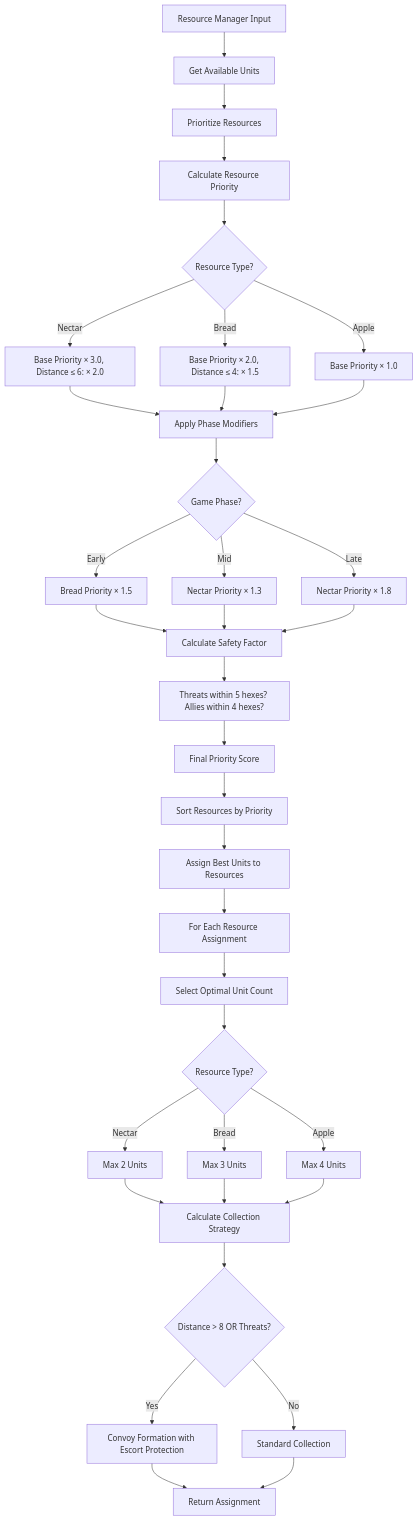
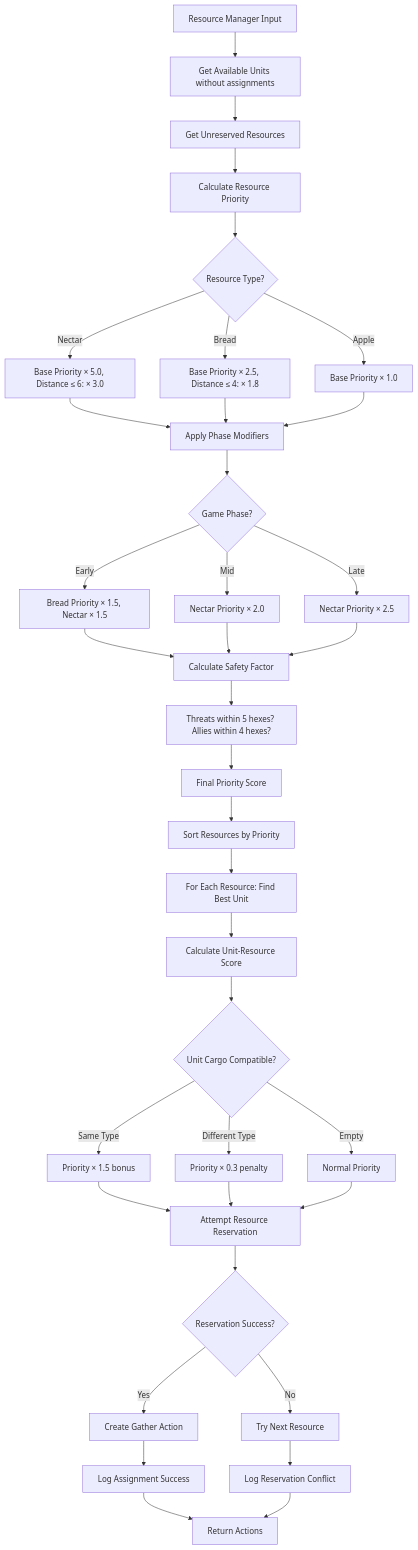
Before and after one commit to DarkGenius/dats-pulse: the sixth of 12 diagrams in DIAGRAM.md, drawn with Mermaid. The commit also changed other lines of this file and 26 other files, not shown here.

````diff
--- a/DIAGRAM.md
+++ b/DIAGRAM.md
@@ -197,48 +244,50 @@
 ```mermaid
 flowchart TD
-    A[Resource Manager Input] --> B[Get Available Units]
-    B --> C[Prioritize Resources]
+    A[Resource Manager Input] --> B[Get Available Units without assignments]
+    B --> C[Get Unreserved Resources]
     
     C --> D[Calculate Resource Priority]
     D --> E{Resource Type?}
-    E -->|Nectar| F[Base Priority × 3.0, Distance ≤ 6: × 2.0]
-    E -->|Bread| G[Base Priority × 2.0, Distance ≤ 4: × 1.5] 
+    E -->|Nectar| F[Base Priority × 5.0, Distance ≤ 6: × 3.0]
+    E -->|Bread| G[Base Priority × 2.5, Distance ≤ 4: × 1.8] 
     E -->|Apple| H[Base Priority × 1.0]
     
     F --> I[Apply Phase Modifiers]
     G --> I
     H --> I
     
     I --> J{Game Phase?}
-    J -->|Early| K[Bread Priority × 1.5]
-    J -->|Mid| L[Nectar Priority × 1.3]
-    J -->|Late| M[Nectar Priority × 1.8]
+    J -->|Early| K[Bread Priority × 1.5, Nectar × 1.5]
+    J -->|Mid| L[Nectar Priority × 2.0]
+    J -->|Late| M[Nectar Priority × 2.5]
     
     K --> N[Calculate Safety Factor]
     L --> N
     M --> N
     
     N --> O[Threats within 5 hexes? Allies within 4 hexes?]
     O --> P[Final Priority Score]
     
     P --> Q[Sort Resources by Priority]
-    Q --> R[Assign Best Units to Resources]
+    Q --> R[For Each Resource: Find Best Unit]
     
-    R --> S[For Each Resource Assignment]
-    S --> T[Select Optimal Unit Count]
-    T --> U{Resource Type?}
-    U -->|Nectar| V[Max 2 Units]
-    U -->|Bread| W[Max 3 Units]
-    U -->|Apple| X[Max 4 Units]
+    R --> S[Calculate Unit-Resource Score]
+    S --> T{Unit Cargo Compatible?}
+    T -->|Same Type| U[Priority × 1.5 bonus]
+    T -->|Different Type| V[Priority × 0.3 penalty]
+    T -->|Empty| W[Normal Priority]
     
-    V --> Y[Calculate Collection Strategy]
-    W --> Y
-    X --> Y
+    U --> X[Attempt Resource Reservation]
+    V --> X
+    W --> X
     
-    Y --> Z{Distance > 8 OR Threats?}
-    Z -->|Yes| AA[Convoy Formation with Escort Protection]
-    Z -->|No| BB[Standard Collection]
+    X --> Y{Reservation Success?}
+    Y -->|Yes| Z[Create Gather Action]
+    Y -->|No| AA[Try Next Resource]
     
-    AA --> CC[Return Assignment]
-    BB --> CC
+    Z --> BB[Log Assignment Success]
+    AA --> CC[Log Reservation Conflict]
+    
+    BB --> DD[Return Actions]
+    CC --> DD
 ```
````
